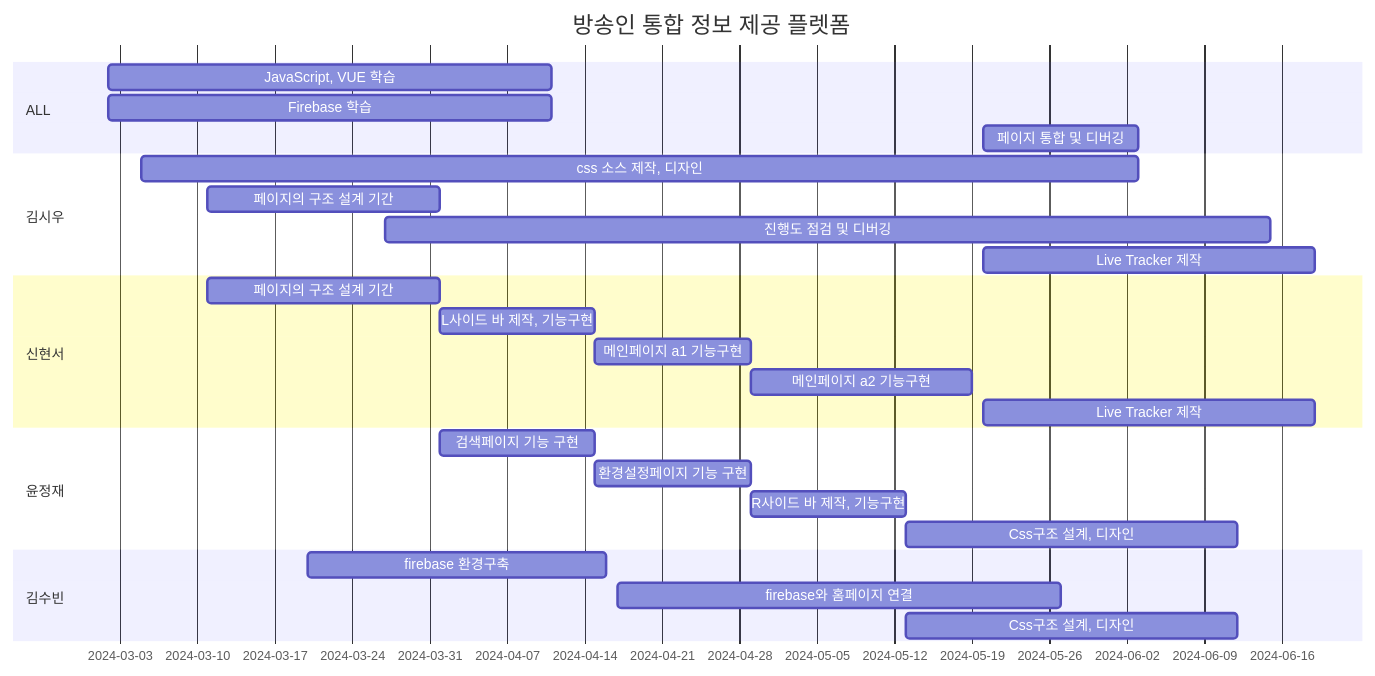
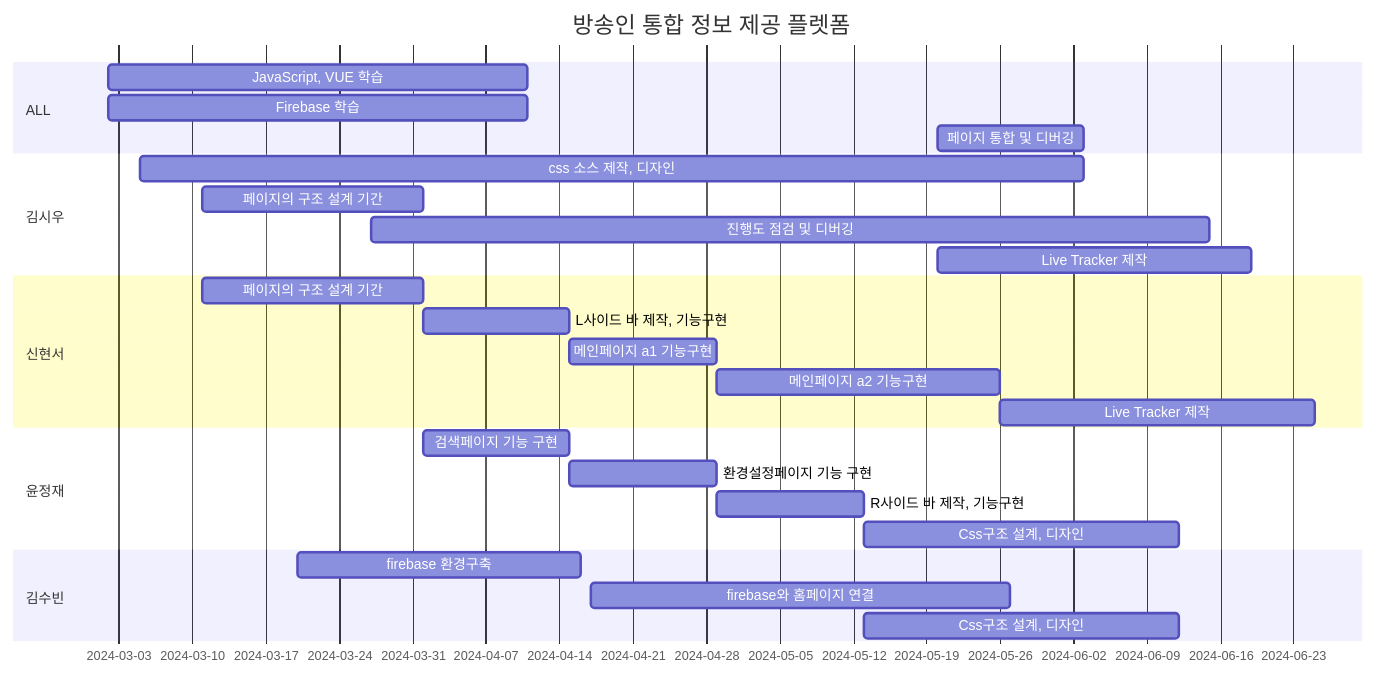
The diagram in README.md (kimsiwoo12/kimsiwoo12), drawn with Mermaid before and after one commit.

````diff
--- a/README.md
+++ b/README.md
@@ -8,34 +8,34 @@
 ```mermaid
 gantt
     title 방송인 통합 정보 제공 플렛폼
     dateFormat  YYYY-MM-DD
 
     section ALL
     JavaScript, VUE 학습     :a1, 2024-03-02, 40d
     Firebase 학습            :a2, 2024-03-02, 40d
     페이지 통합 및 디버깅    :a3, 2024-05-20, 14d
 
     section 김시우
     css 소스 제작, 디자인    :a1, 2024-03-05, 90d
     페이지의 구조 설계 기간  :a2, 2024-03-11, 21d
     진행도 점검 및 디버깅    :a3, 2024-03-27, 80d
     Live Tracker 제작        :a4, 2024-05-20, 30d
 
     section 신현서
     페이지의 구조 설계 기간     :a1, 2024-03-11, 21d
     L사이드 바 제작, 기능구현   :a2, 2024-04-01, 14d
     메인페이지 a1 기능구현      :a3, 2024-04-15, 14d
-    메인페이지 a2 기능구현      :a4, 2024-04-29, 20d
-    Live Tracker 제작           :a5, 2024-05-20, 30d
+    메인페이지 a2 기능구현      :a4, 2024-04-29, 27d
+    Live Tracker 제작           :a5, 2024-05-26, 30d
 
     section 윤정재
     검색페이지 기능 구현          :a1, 2024-04-01, 14d
     환경설정페이지 기능 구현      :a2, 2024-04-15, 14d
     R사이드 바 제작, 기능구현     :a3, 2024-04-29, 14d
     Css구조 설계, 디자인          :a4, 2024-05-13, 30d
 
     section 김수빈
     firebase 환경구축        :a1, 2024-03-20, 27d
     firebase와 홈페이지 연결 :a2, 2024-04-17, 40d
     Css구조 설계, 디자인     :a3, 2024-05-13, 30d
 ```
````
